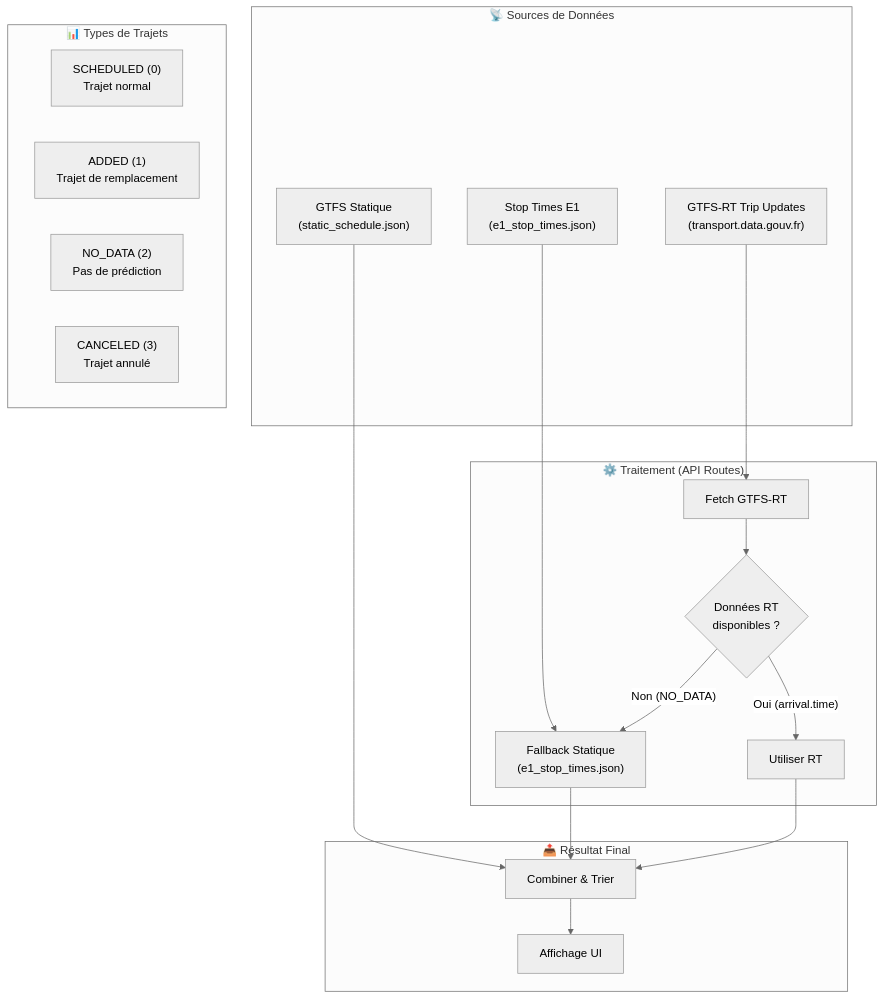
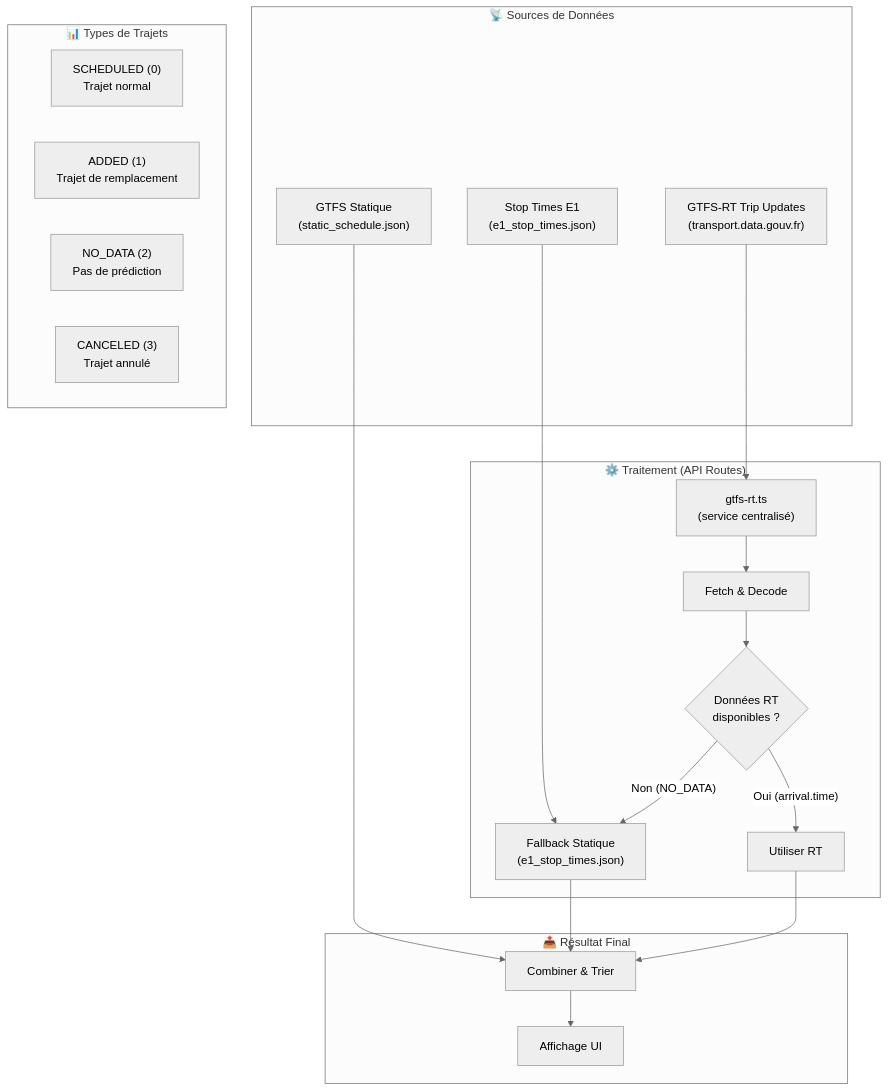
One commit to nickdesi/BusTrainGerzat changed the first of 3 diagrams in README.md. Above: the diagram before and after it, drawn with Mermaid (neutral theme). The commit also changed other lines of this file and 6 other files, not shown here.

First line of the commit message:
refactor: centralize GTFS-RT service, update docs [v3.0.4]

````diff
--- a/README.md
+++ b/README.md
@@ -96,34 +102,35 @@
 ```mermaid
 flowchart TD
     subgraph Sources["📡 Sources de Données"]
         GTFS_STATIC["GTFS Statique<br/>(static_schedule.json)"]
         E1_STOP_TIMES["Stop Times E1<br/>(e1_stop_times.json)"]
         GTFS_RT["GTFS-RT Trip Updates<br/>(transport.data.gouv.fr)"]
     end
 
     subgraph Processing["⚙️ Traitement (API Routes)"]
-        FETCH["Fetch GTFS-RT"]
+        GTFS_SERVICE["gtfs-rt.ts<br/>(service centralisé)"]
+        FETCH["Fetch & Decode"]
         CHECK_DATA{"Données RT<br/>disponibles ?"}
         USE_RT["Utiliser RT"]
         USE_STATIC["Fallback Statique<br/>(e1_stop_times.json)"]
     end
 
     subgraph Classification["📊 Types de Trajets"]
         SCHEDULED["SCHEDULED (0)<br/>Trajet normal"]
         ADDED["ADDED (1)<br/>Trajet de remplacement"]
         NO_DATA["NO_DATA (2)<br/>Pas de prédiction"]
         CANCELED["CANCELED (3)<br/>Trajet annulé"]
     end
 
     subgraph Output["📤 Résultat Final"]
         COMBINE["Combiner & Trier"]
         DISPLAY["Affichage UI"]
     end
 
     GTFS_STATIC --> COMBINE
     E1_STOP_TIMES --> USE_STATIC
-    GTFS_RT --> FETCH --> CHECK_DATA
+    GTFS_RT --> GTFS_SERVICE --> FETCH --> CHECK_DATA
     CHECK_DATA -->|"Oui (arrival.time)"| USE_RT --> COMBINE
     CHECK_DATA -->|"Non (NO_DATA)"| USE_STATIC --> COMBINE
     COMBINE --> DISPLAY
 ```
````
